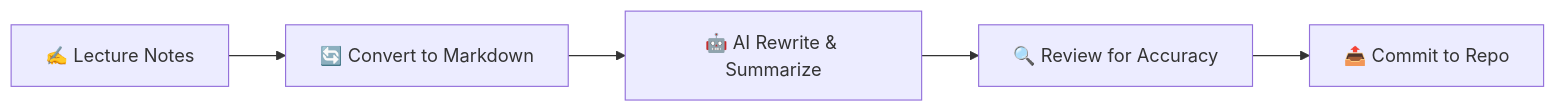
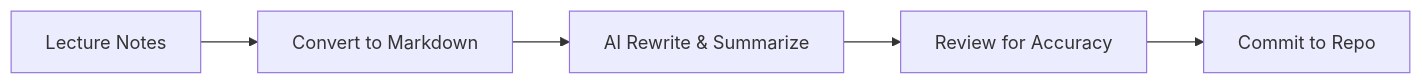
The diagram in README.md (Bisrat-joseph/web-programming), drawn with Mermaid before and after one commit. The commit also changed other lines of this file, not shown here.

````diff
--- a/README.md
+++ b/README.md
@@ -51,7 +51,7 @@
 ```mermaid
 flowchart LR
-    A[✍️ Lecture Notes] --> B[🔄 Convert to Markdown]
-    B --> C[🤖 AI Rewrite & Summarize]
-    C --> D[🔍 Review for Accuracy]
-    D --> E[📤 Commit to Repo]
+    A[Lecture Notes] --> B[Convert to Markdown]
+    B --> C[AI Rewrite & Summarize]
+    C --> D[Review for Accuracy]
+    D --> E[Commit to Repo]
 ```
````
